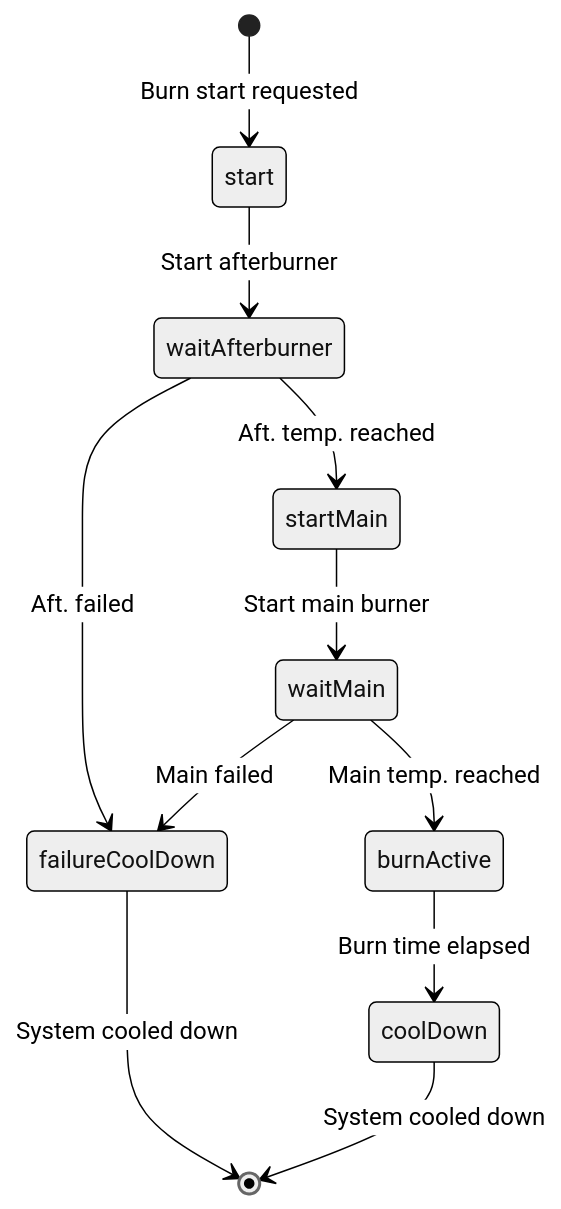
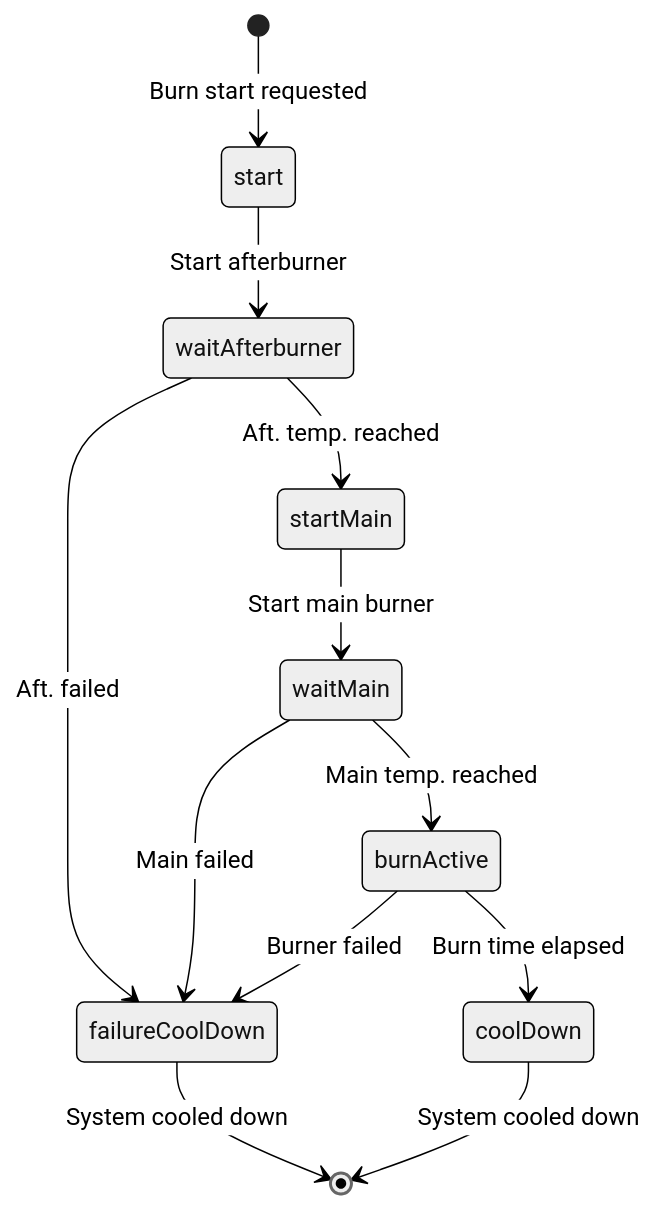
Before and after one commit to cadus/incinerator: the diagram in docs/incinerator.md, drawn with Mermaid (neutral theme). The commit also changed 5 other files, not shown here.

````diff
--- a/docs/incinerator.md
+++ b/docs/incinerator.md
@@ -11,13 +11,14 @@
 ``` mermaid
 stateDiagram-v2
   [*] --> start: Burn start requested
   start --> waitAfterburner: Start afterburner
   waitAfterburner --> failureCoolDown: Aft. failed
   failureCoolDown --> [*]: System cooled down
   waitAfterburner --> startMain: Aft. temp. reached
   startMain --> waitMain: Start main burner
   waitMain --> burnActive: Main temp. reached
   waitMain --> failureCoolDown: Main failed
   burnActive --> coolDown: Burn time elapsed
+  burnActive --> failureCoolDown: Burner failed
   coolDown --> [*]: System cooled down
 ```
````
